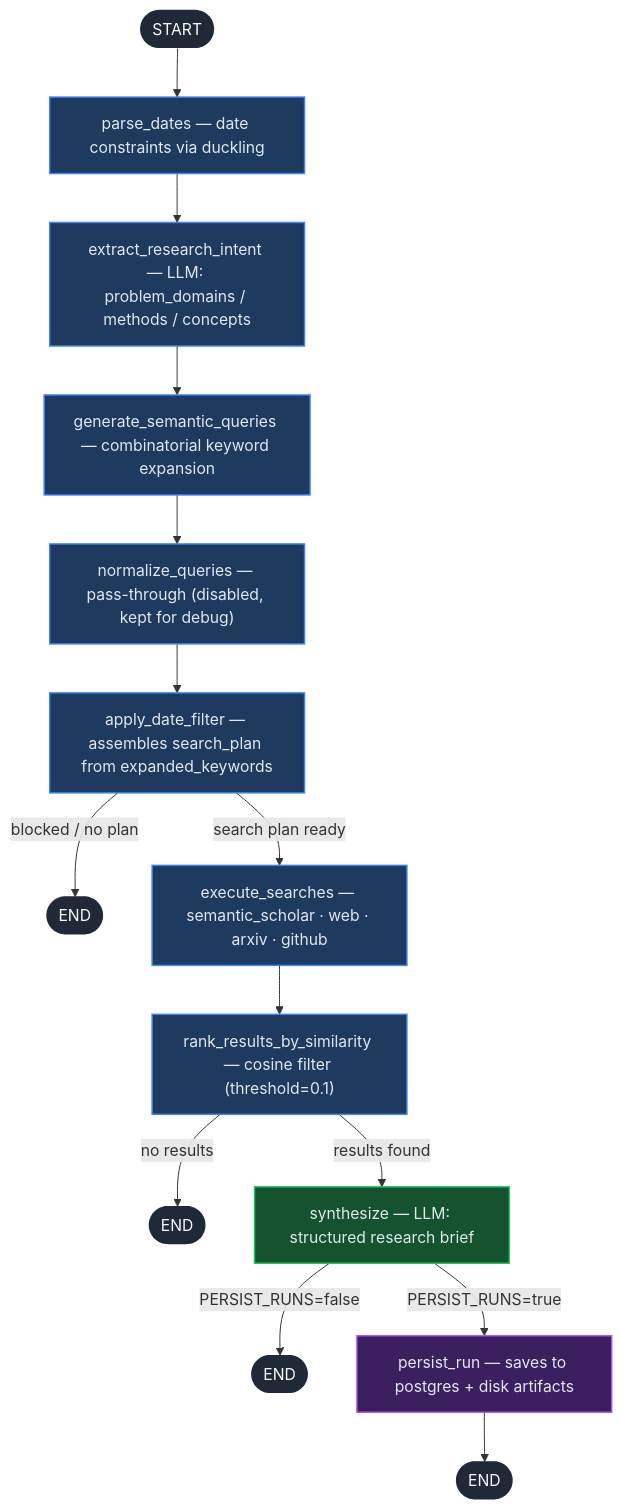
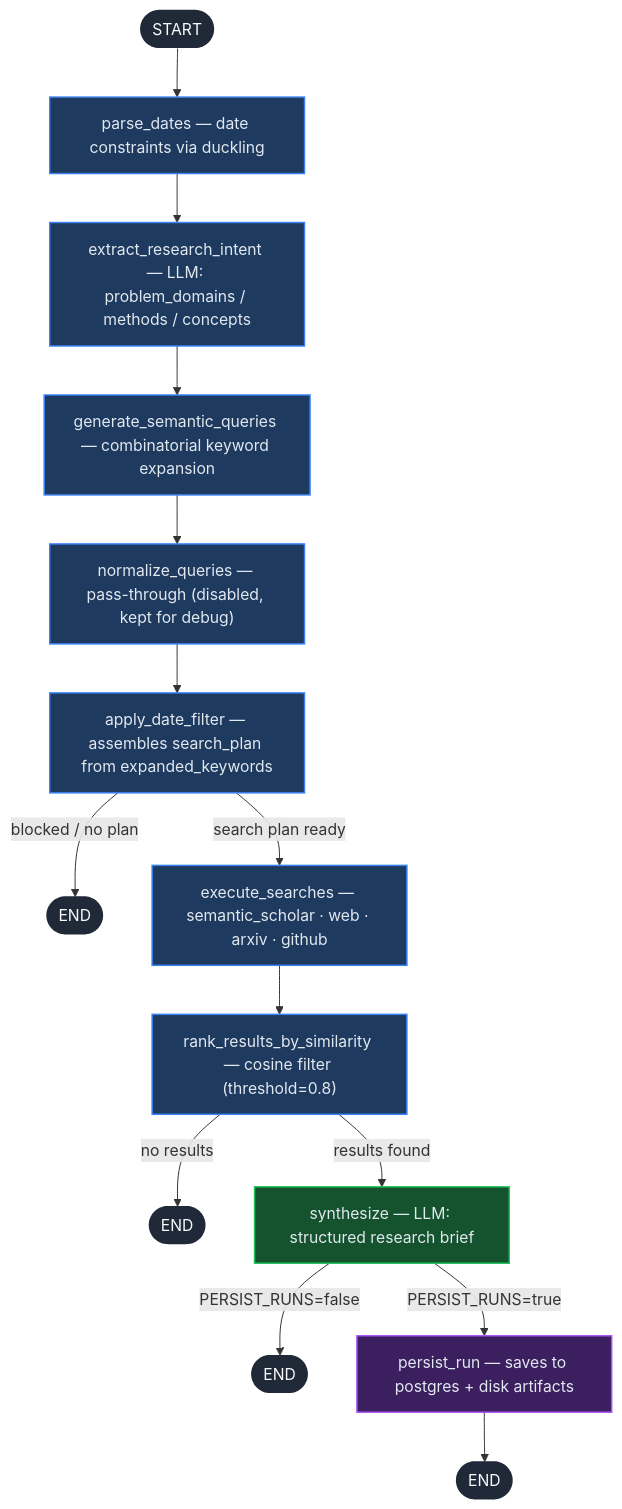
The second of 2 diagrams in README.md (chrzanowski000/research-agent-platform), drawn with Mermaid before and after one commit.

Commit message:
update graph

````diff
--- a/README.md
+++ b/README.md
@@ -44,52 +44,52 @@
 ```mermaid
 flowchart TD
     START([START]) --> parse_dates
 
     parse_dates["parse_dates — date constraints via duckling"]
     parse_dates --> extract_research_intent
 
     extract_research_intent["extract_research_intent — LLM: problem_domains / methods / concepts"]
     extract_research_intent --> generate_semantic_queries
 
     generate_semantic_queries["generate_semantic_queries — combinatorial keyword expansion"]
     generate_semantic_queries --> normalize_queries
 
     normalize_queries["normalize_queries — pass-through (disabled, kept for debug)"]
     normalize_queries --> apply_date_filter
 
     apply_date_filter["apply_date_filter — assembles search_plan from expanded_keywords"]
 
     apply_date_filter -->|blocked / no plan| END1([END])
     apply_date_filter -->|search plan ready| execute_searches
 
     execute_searches["execute_searches — semantic_scholar · web · arxiv · github"]
     execute_searches --> rank_results_by_similarity
 
-    rank_results_by_similarity["rank_results_by_similarity — cosine filter (threshold=0.1)"]
+    rank_results_by_similarity["rank_results_by_similarity — cosine filter (threshold=0.8)"]
 
     rank_results_by_similarity -->|no results| END2([END])
     rank_results_by_similarity -->|results found| synthesize
 
     synthesize["synthesize — LLM: structured research brief"]
 
     synthesize -->|PERSIST_RUNS=false| END3([END])
     synthesize -->|PERSIST_RUNS=true| persist_run
 
     persist_run["persist_run — saves to postgres + disk artifacts"]
     persist_run --> END4([END])
 
     style START fill:#1f2937,color:#f9fafb,stroke:none
     style END1 fill:#1f2937,color:#f9fafb,stroke:none
     style END2 fill:#1f2937,color:#f9fafb,stroke:none
     style END3 fill:#1f2937,color:#f9fafb,stroke:none
     style END4 fill:#1f2937,color:#f9fafb,stroke:none
     style parse_dates fill:#1e3a5f,color:#e2e8f0,stroke:#3b82f6,stroke-width:1.5px
     style extract_research_intent fill:#1e3a5f,color:#e2e8f0,stroke:#3b82f6,stroke-width:1.5px
     style generate_semantic_queries fill:#1e3a5f,color:#e2e8f0,stroke:#3b82f6,stroke-width:1.5px
     style normalize_queries fill:#1e3a5f,color:#e2e8f0,stroke:#3b82f6,stroke-width:1.5px
     style apply_date_filter fill:#1e3a5f,color:#e2e8f0,stroke:#3b82f6,stroke-width:1.5px
     style execute_searches fill:#1e3a5f,color:#e2e8f0,stroke:#3b82f6,stroke-width:1.5px
     style rank_results_by_similarity fill:#1e3a5f,color:#e2e8f0,stroke:#3b82f6,stroke-width:1.5px
     style synthesize fill:#14532d,color:#e2e8f0,stroke:#22c55e,stroke-width:1.5px
     style persist_run fill:#3b1f5e,color:#e2e8f0,stroke:#a855f7,stroke-width:1.5px
 ```
````
